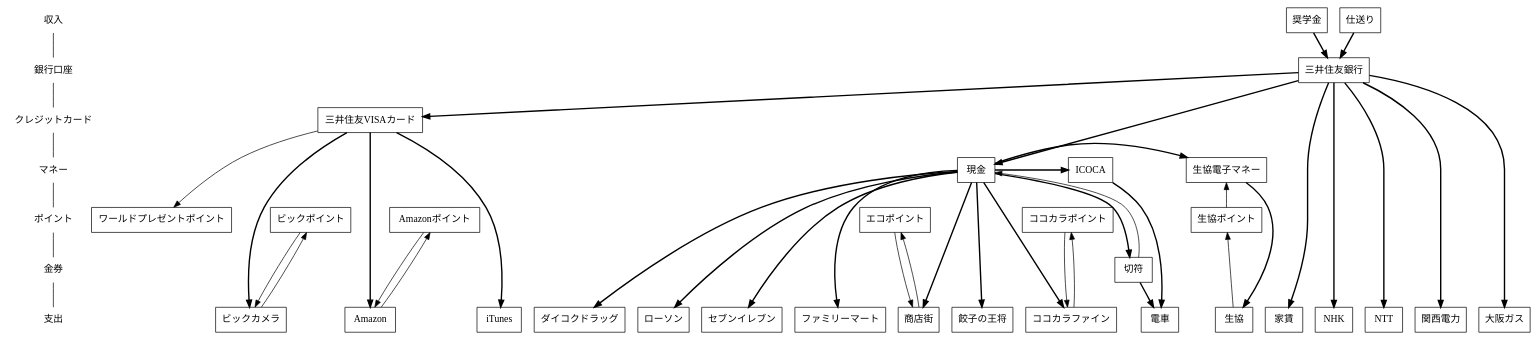
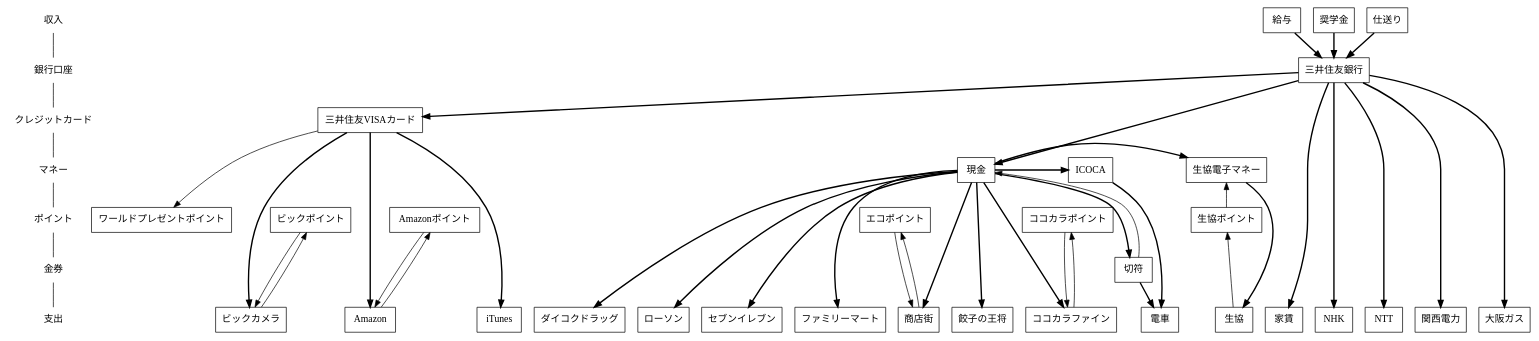
One commit to saireya/moneyflow changed the diagram in flow.dot. Above: the diagram before and after it, drawn with Graphviz.

Commit message:
2013/05: Added Salary of TA

```diff
--- a/flow.dot
+++ b/flow.dot
@@ -1,105 +1,107 @@
 // dot -Tsvg flow.dot -o flow.svg
 digraph "MoneyFlow"
 {
 	node [ shape = box ];
 
 	"収入", "銀行口座", "クレジットカード", "マネー", "ポイント", "金券", "支出" [shape = none];
 	"収入" -> "銀行口座" -> "クレジットカード" -> "マネー" -> "ポイント" -> "金券" -> "支出" [arrowhead = none];
 	{
 		rank = same; "収入";
+		給与;
 		奨学金;
 		仕送り;
 	}
 
 	{
 		rank = same; "銀行口座";
 		三井住友銀行;
 	}
 
 	{
 		rank = same; "クレジットカード";
 		三井住友VISAカード;
 	}
 
 	{
 		rank = same; "マネー";
 		ICOCA;
 		生協電子マネー;
 		現金;
 	}
 
 	{
 		rank = same; "ポイント";
 		// クレジットカード関係
 		ワールドプレゼントポイント;
 		// 独自ポイント
 		エコポイント;
 		生協ポイント;
 		ココカラポイント;
 		ビックポイント;
 		Amazonポイント;
 	}
 
 	{
 		rank = same; "金券";
 		切符;
 	}
 
 	{
 		rank = same; "支出";
 		家賃;
 		// コンビニ
 		ローソン;
 		セブンイレブン;
 		ファミリーマート;
 		// 交通
 		電車;
 		// インフラ
 		NHK;
 		NTT;
 		関西電力;
 		大阪ガス;
 		// 店舗
 		商店街;
 		生協;
 		ココカラファイン;
 		ダイコクドラッグ;
 		ビックカメラ;
 		餃子の王将;
 		// ネット
 		Amazon;
 		iTunes;
 	}
 
 	// SMBC
+	給与 -> 三井住友銀行 [style="bold", weight=100];
 	奨学金 -> 三井住友銀行 [style="bold", weight=100];
 	仕送り -> 三井住友銀行 [style="bold", weight=100];
 	三井住友銀行 -> 現金, 家賃, 関西電力, 大阪ガス, NHK, NTT [style="bold", weight=100];
 
 	// SMBC-Visa
 	三井住友銀行 -> 三井住友VISAカード [style="bold", weight=100];
 	三井住友VISAカード -> iTunes [style="bold", weight=100];
 	三井住友VISAカード -> Amazon [style="bold", weight=100];
 	三井住友VISAカード -> ワールドプレゼントポイント;
 	Amazon -> Amazonポイント -> Amazon;
 	三井住友VISAカード -> ビックカメラ [style="bold", weight=100];
 	ビックカメラ -> ビックポイント -> ビックカメラ;
 
 	// 現金
 	現金 -> 商店街 [style="bold", weight=100];
 	商店街 -> エコポイント -> 商店街;
 	現金 -> ローソン [style="bold", weight=100];
 	現金 -> セブンイレブン [style="bold", weight=100];
 	現金 -> ファミリーマート [style="bold", weight=100];
 	現金 -> 生協電子マネー [style="bold", weight=100];
 	生協電子マネー -> 生協 [style="bold", weight=100];
 	生協 -> 生協ポイント -> 生協電子マネー;
 	現金 -> ココカラファイン [style="bold", weight=100];
 	ココカラファイン -> ココカラポイント -> ココカラファイン;
 	現金 -> ダイコクドラッグ [style="bold", weight=100];
 	現金 -> 餃子の王将 [style="bold", weight=100];
 
 	現金 -> ICOCA -> 電車 [style="bold", weight=100];
 	現金 -> 切符 -> 電車 [style="bold", weight=100];
 	切符 -> 現金;
 } 
```
